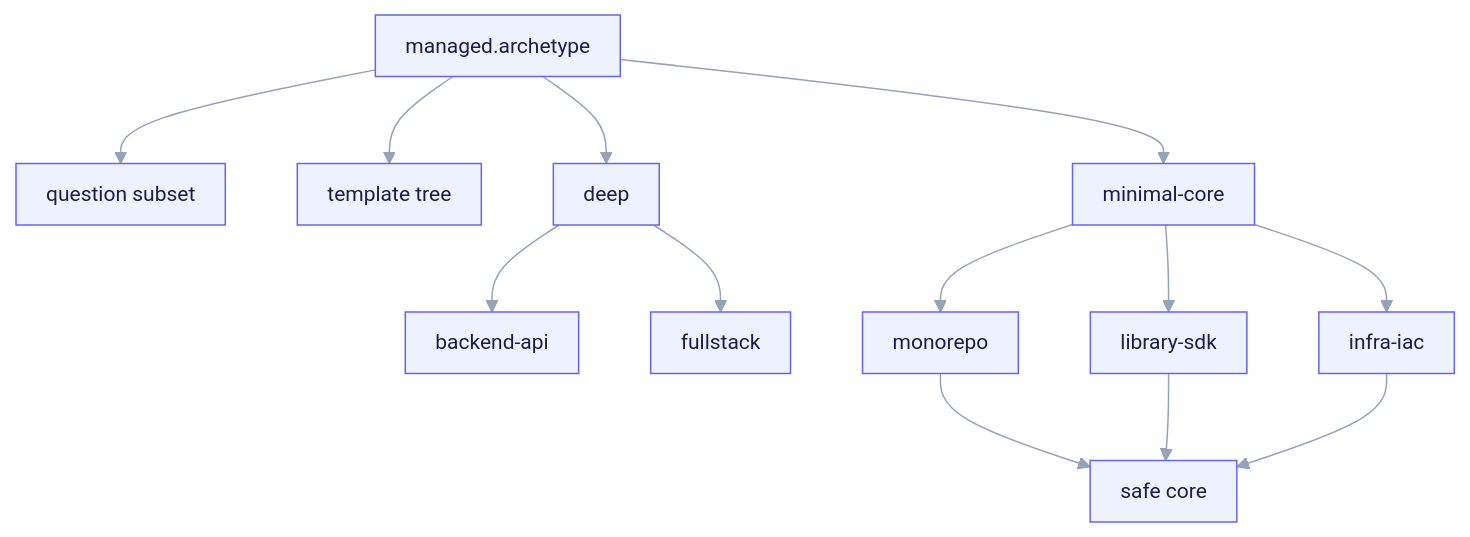
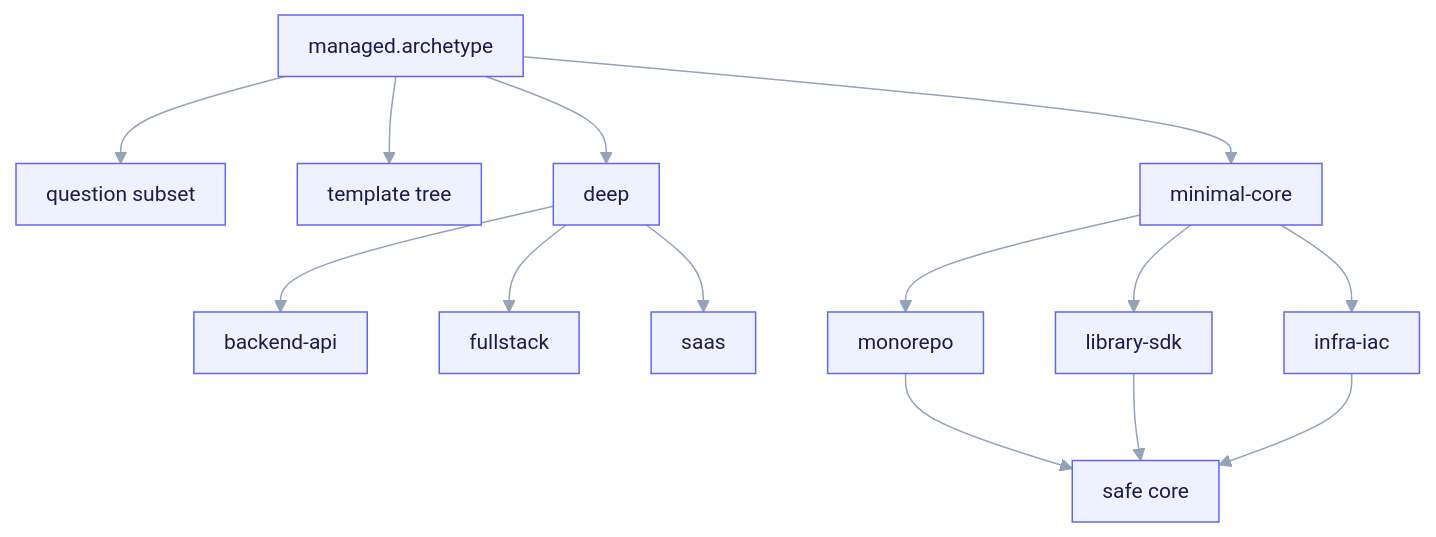
Before and after one commit to arthurghz/ai-core-kit: the first of 2 diagrams in site/pages/en/archetypes/overview.mdx, drawn with Mermaid. The commit also changed other lines of this file and 7 other files, not shown here.

````diff
--- a/site/pages/en/archetypes/overview.mdx
+++ b/site/pages/en/archetypes/overview.mdx
@@ -15,21 +17,22 @@
 ```mermaid
 %%{init: {"theme":"base","themeVariables":{"primaryColor":"#eef2ff","primaryBorderColor":"#6366f1","primaryTextColor":"#1e1b4b","secondaryColor":"#ecfeff","tertiaryColor":"#faf5ff","lineColor":"#94a3b8","fontSize":"14px"},"flowchart":{"htmlLabels":true,"curve":"basis","nodeSpacing":48,"rankSpacing":58,"padding":10},"fontFamily":"ui-sans-serif, system-ui, -apple-system, Segoe UI, Roboto, sans-serif"}}%%
 flowchart TD
   AX["managed.archetype"]
   AX --> SUB["question subset"]
   AX --> TREE["template tree"]
 
   AX --> DEEP["deep"]
   AX --> CORE["minimal-core"]
 
   DEEP --> BA["backend-api"]
   DEEP --> FS["fullstack"]
+  DEEP --> SA["saas"]
 
   CORE --> MR["monorepo"]
   CORE --> LIB["library-sdk"]
   CORE --> IAC["infra-iac"]
 
   MR --> SAFE["safe core"]
   LIB --> SAFE
   IAC --> SAFE
 ```
````
